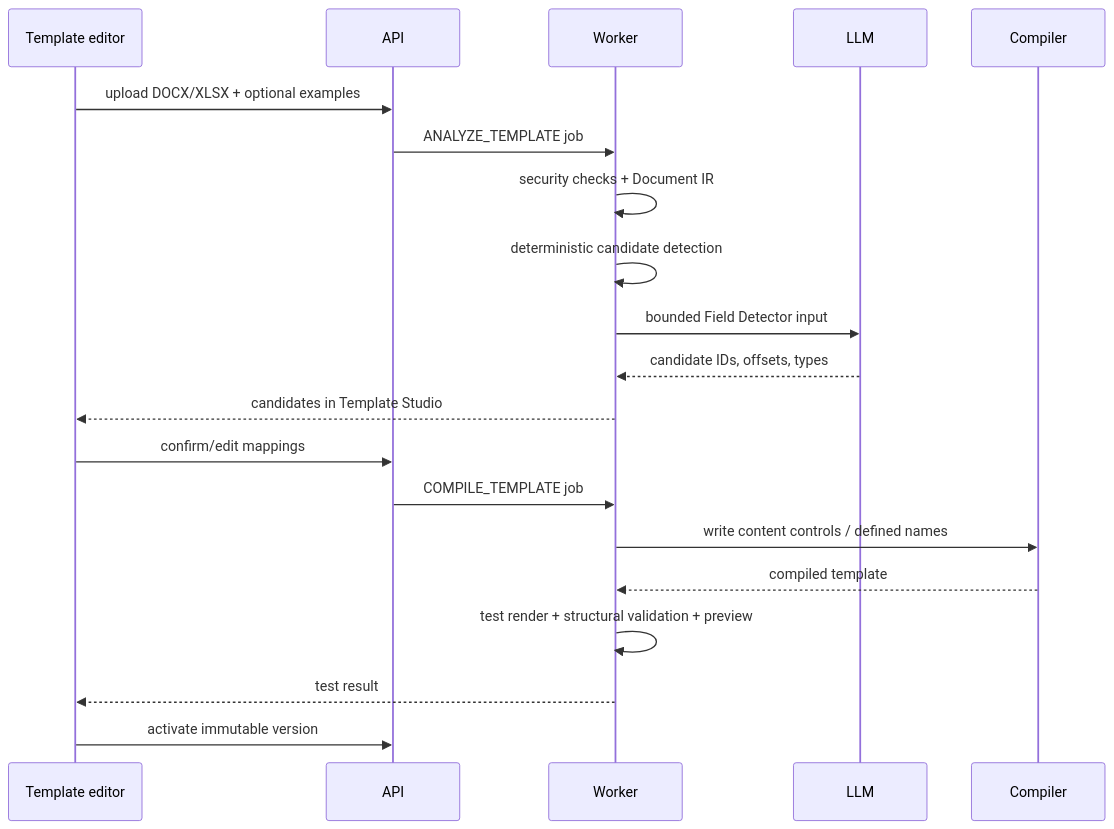
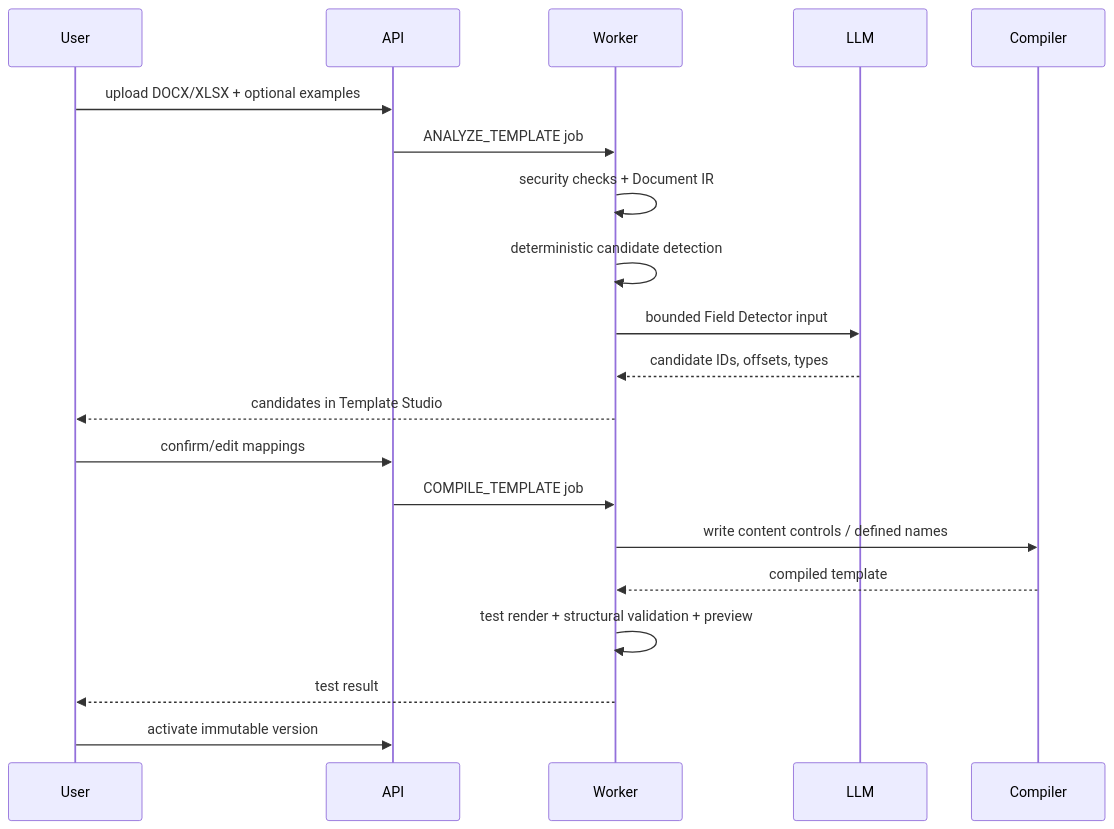
The third of 4 diagrams in docs/ARCHITECTURE.md (f2re/docomator), drawn with Mermaid before and after one commit. The commit also changed other lines of this file and 22 other files, not shown here.

````diff
--- a/docs/ARCHITECTURE.md
+++ b/docs/ARCHITECTURE.md
@@ -120,23 +126,23 @@
 ```mermaid
 sequenceDiagram
-    participant U as Template editor
+    participant U as User
     participant API
     participant W as Worker
     participant L as LLM
     participant C as Compiler
 
     U->>API: upload DOCX/XLSX + optional examples
     API->>W: ANALYZE_TEMPLATE job
     W->>W: security checks + Document IR
     W->>W: deterministic candidate detection
     W->>L: bounded Field Detector input
     L-->>W: candidate IDs, offsets, types
     W-->>U: candidates in Template Studio
     U->>API: confirm/edit mappings
     API->>W: COMPILE_TEMPLATE job
     W->>C: write content controls / defined names
     C-->>W: compiled template
     W->>W: test render + structural validation + preview
     W-->>U: test result
     U->>API: activate immutable version
 ```
````
